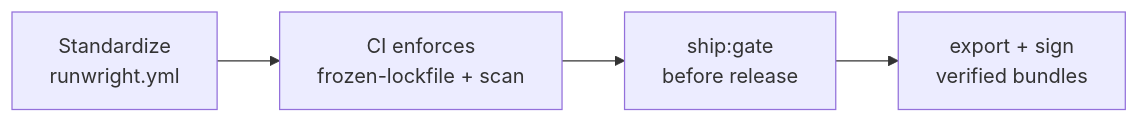
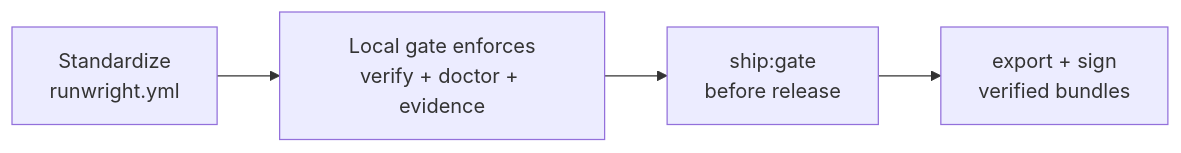
One commit to jlov7/runwright changed the third of 4 diagrams in README.md. Above: the diagram before and after it, drawn with Mermaid. The commit also changed other lines of this file and 4 other files, not shown here.

````diff
--- a/README.md
+++ b/README.md
@@ -235,6 +233,6 @@
 ```mermaid
 flowchart LR
-    A["Standardize<br/>runwright.yml"] --> B["CI enforces<br/>frozen-lockfile + scan"]
+    A["Standardize<br/>runwright.yml"] --> B["Local gate enforces<br/>verify + doctor + evidence"]
     B --> C["ship:gate<br/>before release"]
     C --> D["export + sign<br/>verified bundles"]
 ```
````
